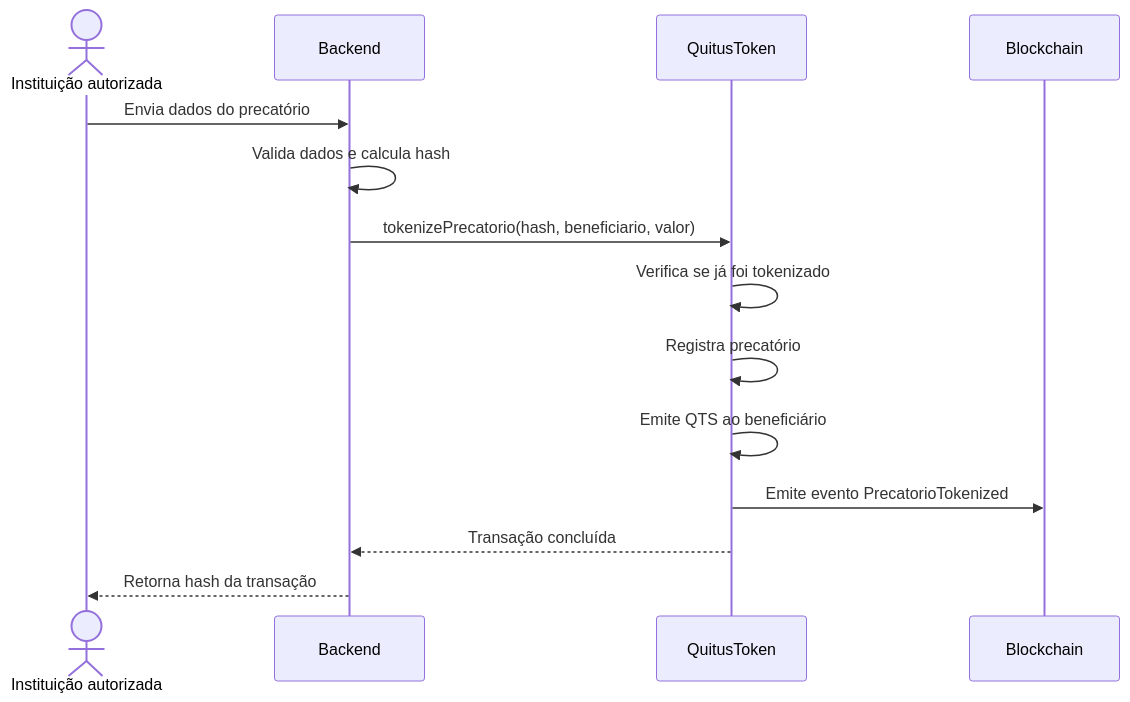
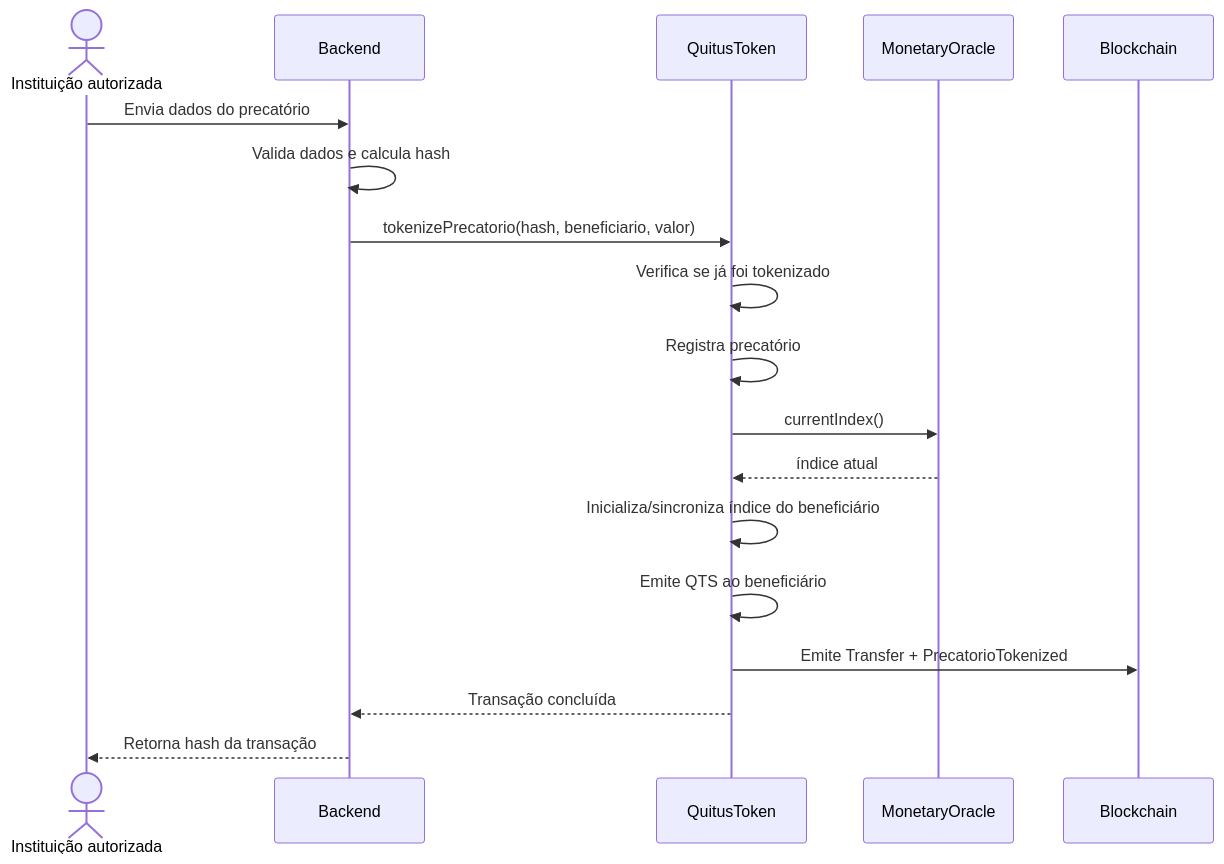
One commit to Victor-droid165/blockchain changed the first of 2 diagrams in Lab4/docs/fluxo-tokenizacao.md. Above: the diagram before and after it, drawn with Mermaid. The commit also changed other lines of this file and 4 other files, not shown here.

Commit message:
docs(lab4): sincroniza diagramas com implementacao atual

````diff
--- a/Lab4/docs/fluxo-tokenizacao.md
+++ b/Lab4/docs/fluxo-tokenizacao.md
@@ -3,17 +5,21 @@
 ```mermaid
 sequenceDiagram
     actor Instituicao as Instituição autorizada
     participant Backend
     participant QTS as QuitusToken
+    participant Oracle as MonetaryOracle
     participant Blockchain
 
     Instituicao->>Backend: Envia dados do precatório
     Backend->>Backend: Valida dados e calcula hash
     Backend->>QTS: tokenizePrecatorio(hash, beneficiario, valor)
     QTS->>QTS: Verifica se já foi tokenizado
     QTS->>QTS: Registra precatório
+    QTS->>Oracle: currentIndex()
+    Oracle-->>QTS: índice atual
+    QTS->>QTS: Inicializa/sincroniza índice do beneficiário
     QTS->>QTS: Emite QTS ao beneficiário
-    QTS->>Blockchain: Emite evento PrecatorioTokenized
+    QTS->>Blockchain: Emite Transfer + PrecatorioTokenized
     QTS-->>Backend: Transação concluída
     Backend-->>Instituicao: Retorna hash da transação
 ```
````
